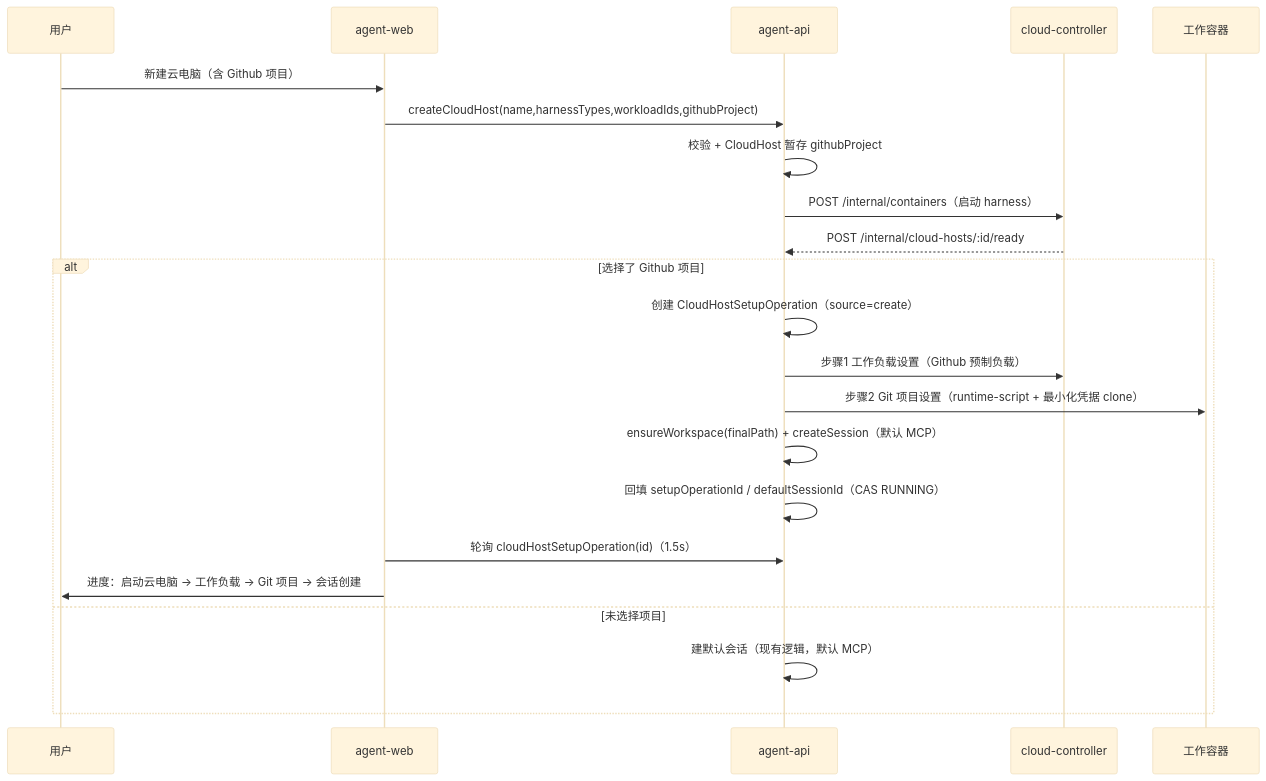
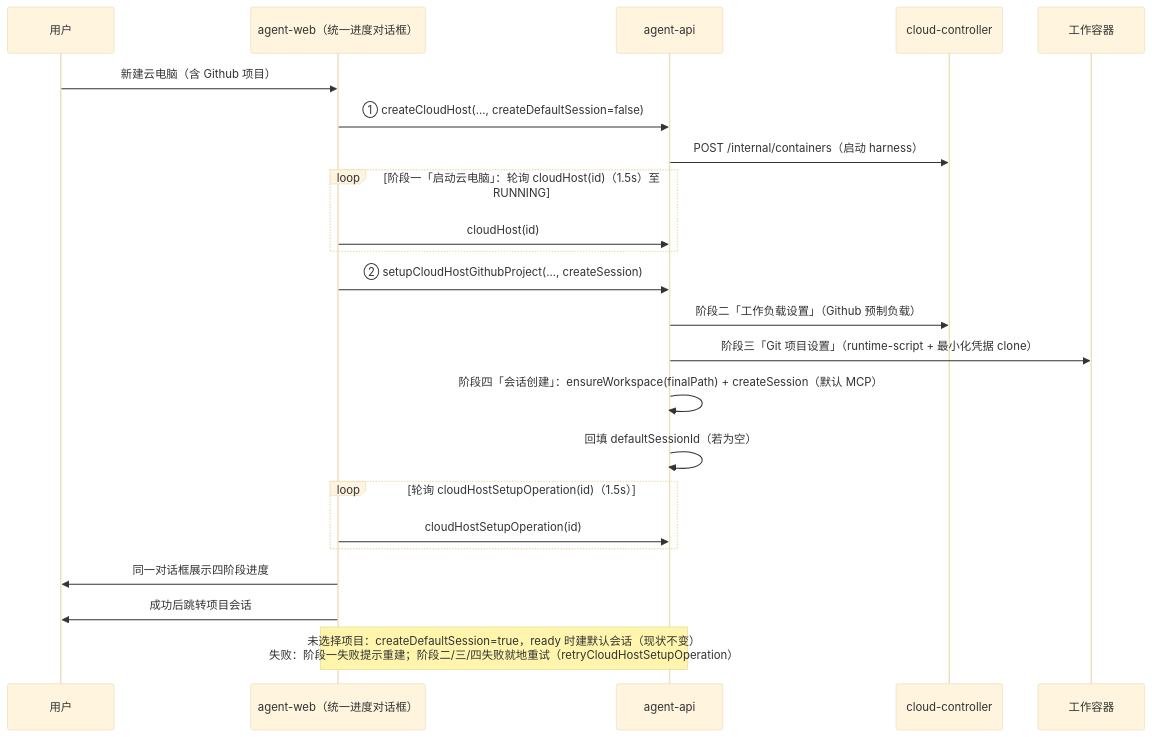
One commit to Deliay/z-agent-gear changed the third of 4 diagrams in docs/engineering/proposals/20261022-feat-cloud-container-optimization-phase1.md. Above: the diagram before and after it, drawn with Mermaid (base theme). The commit also changed other lines of this file and 2 other files, not shown here.

````diff
--- a/docs/engineering/proposals/20261022-feat-cloud-container-optimization-phase1.md
+++ b/docs/engineering/proposals/20261022-feat-cloud-container-optimization-phase1.md
@@ -270,24 +298,25 @@
 ```mermaid
 sequenceDiagram
     participant U as 用户
-    participant W as agent-web
+    participant W as agent-web（统一进度对话框）
     participant A as agent-api
     participant CC as cloud-controller
     participant C as 工作容器
     U->>W: 新建云电脑（含 Github 项目）
-    W->>A: createCloudHost(name,harnessTypes,workloadIds,githubProject)
-    A->>A: 校验 + CloudHost 暂存 githubProject
+    W->>A: ① createCloudHost(..., createDefaultSession=false)
     A->>CC: POST /internal/containers（启动 harness）
-    CC-->>A: POST /internal/cloud-hosts/:id/ready
-    alt 选择了 Github 项目
-        A->>A: 创建 CloudHostSetupOperation（source=create）
-        A->>CC: 步骤1 工作负载设置（Github 预制负载）
-        A->>C: 步骤2 Git 项目设置（runtime-script + 最小化凭据 clone）
-        A->>A: ensureWorkspace(finalPath) + createSession（默认 MCP）
-        A->>A: 回填 setupOperationId / defaultSessionId（CAS RUNNING）
-        W->>A: 轮询 cloudHostSetupOperation(id)（1.5s）
-        W->>U: 进度：启动云电脑 → 工作负载 → Git 项目 → 会话创建
-    else 未选择项目
-        A->>A: 建默认会话（现有逻辑，默认 MCP）
+    loop 阶段一「启动云电脑」：轮询 cloudHost(id)（1.5s）至 RUNNING
+        W->>A: cloudHost(id)
     end
+    W->>A: ② setupCloudHostGithubProject(..., createSession)
+    A->>CC: 阶段二「工作负载设置」（Github 预制负载）
+    A->>C: 阶段三「Git 项目设置」（runtime-script + 最小化凭据 clone）
+    A->>A: 阶段四「会话创建」：ensureWorkspace(finalPath) + createSession（默认 MCP）
+    A->>A: 回填 defaultSessionId（若为空）
+    loop 轮询 cloudHostSetupOperation(id)（1.5s）
+        W->>A: cloudHostSetupOperation(id)
+    end
+    W->>U: 同一对话框展示四阶段进度
+    W->>U: 成功后跳转项目会话
+    Note over A,W: 未选择项目：createDefaultSession=true，ready 时建默认会话（现状不变）<br/>失败：阶段一失败提示重建；阶段二/三/四失败就地重试（retryCloudHostSetupOperation）
 ```
````
